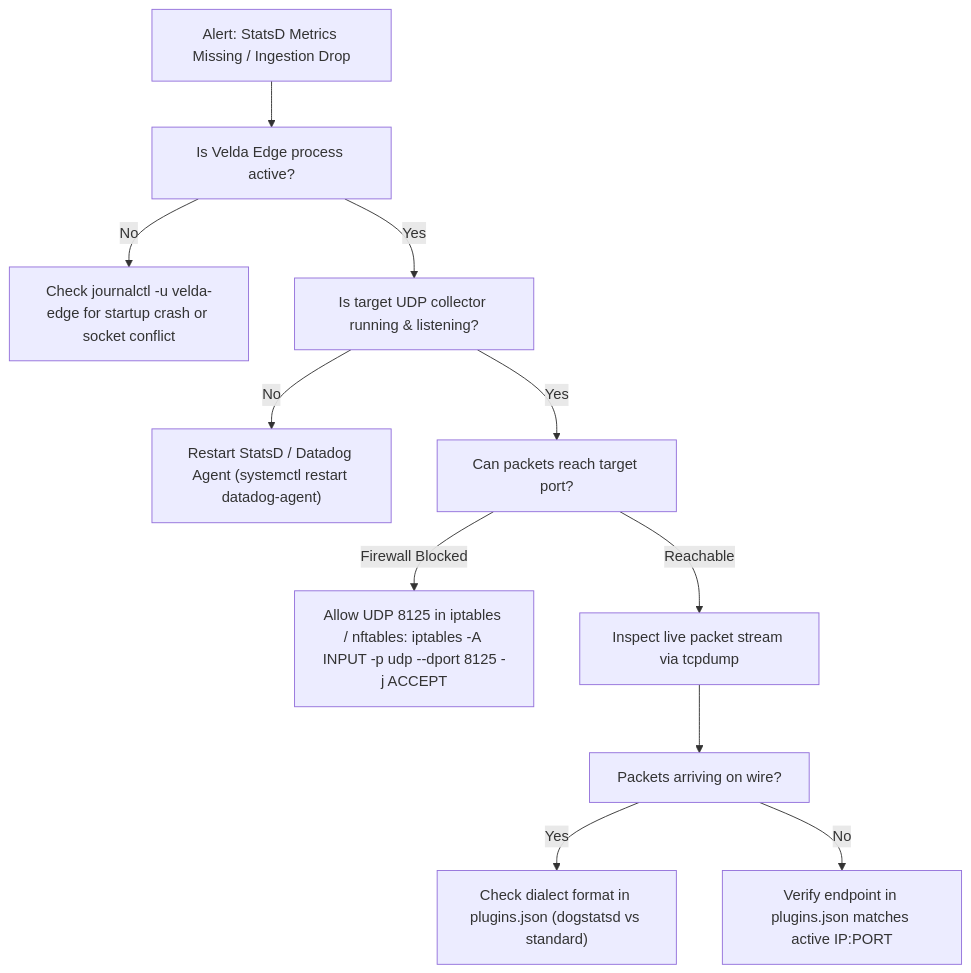
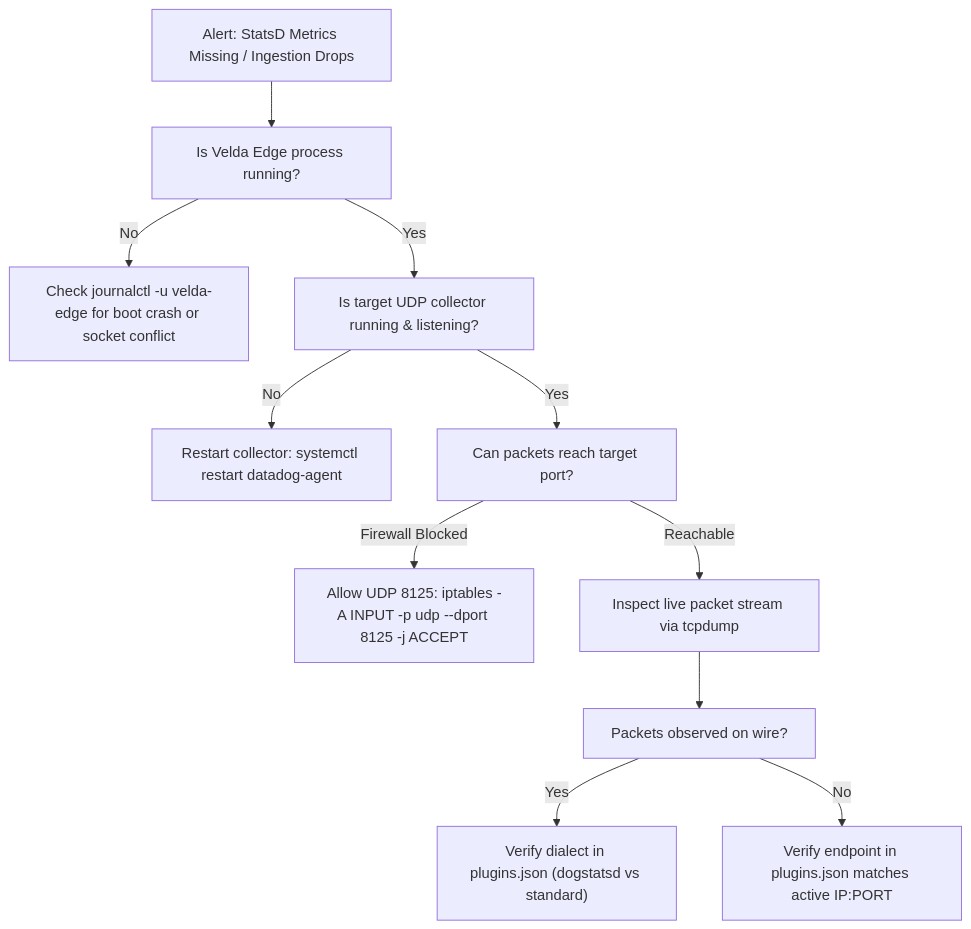
Before and after one commit to phucle996/velda-edge: the diagram in crates/velda-plugin/src/background/statsd_exporter/RUNBOOK.md, drawn with Mermaid. The commit also changed other lines of this file and 68 other files, not shown here.

````diff
--- a/crates/velda-plugin/src/background/statsd_exporter/RUNBOOK.md
+++ b/crates/velda-plugin/src/background/statsd_exporter/RUNBOOK.md
@@ -20,17 +72,17 @@
 ```mermaid
 flowchart TD
-    ALERT["Alert: StatsD Metrics Missing / Ingestion Drop"] --> CHK_RUN["Is Velda Edge process active?"]
+    ALERT["Alert: StatsD Metrics Missing / Ingestion Drops"] --> CHK_RUN["Is Velda Edge process running?"]
 
-    CHK_RUN -->|"No"| RES_BOOT["Check journalctl -u velda-edge for startup crash or socket conflict"]
+    CHK_RUN -->|"No"| RES_BOOT["Check journalctl -u velda-edge for boot crash or socket conflict"]
     CHK_RUN -->|"Yes"| CHK_UDP["Is target UDP collector running & listening?"]
 
-    CHK_UDP -->|"No"| FIX_DAEMON["Restart StatsD / Datadog Agent (systemctl restart datadog-agent)"]
+    CHK_UDP -->|"No"| FIX_DAEMON["Restart collector: systemctl restart datadog-agent"]
     CHK_UDP -->|"Yes"| CHK_FIREWALL["Can packets reach target port?"]
 
-    CHK_FIREWALL -->|"Firewall Blocked"| FIX_IPTABLES["Allow UDP 8125 in iptables / nftables: iptables -A INPUT -p udp --dport 8125 -j ACCEPT"]
+    CHK_FIREWALL -->|"Firewall Blocked"| FIX_IPTABLES["Allow UDP 8125: iptables -A INPUT -p udp --dport 8125 -j ACCEPT"]
     CHK_FIREWALL -->|"Reachable"| CHK_TRAFFIC["Inspect live packet stream via tcpdump"]
 
-    CHK_TRAFFIC --> PKT_OK["Packets arriving on wire?"]
-    PKT_OK -->|"Yes"| CHK_DIALECT["Check dialect format in plugins.json (dogstatsd vs standard)"]
+    CHK_TRAFFIC --> PKT_OK["Packets observed on wire?"]
+    PKT_OK -->|"Yes"| CHK_DIALECT["Verify dialect in plugins.json (dogstatsd vs standard)"]
     PKT_OK -->|"No"| CHK_CONFIG["Verify endpoint in plugins.json matches active IP:PORT"]
 ```
````
